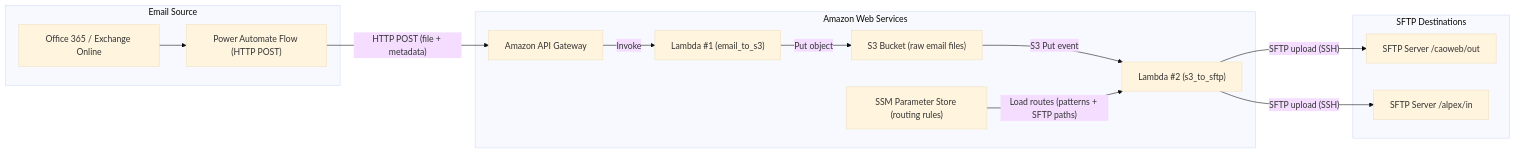
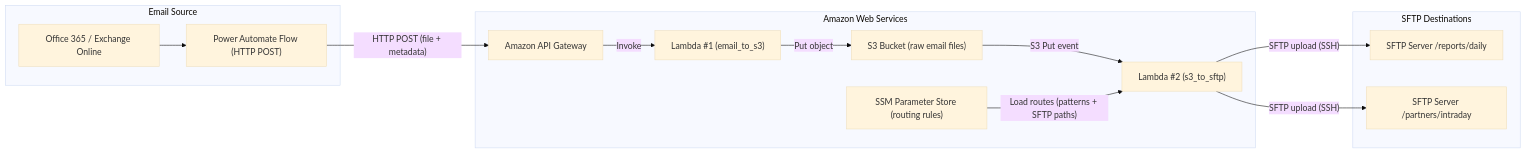
One commit to uroskuc/aws-email-to-sftp-pipeline changed the diagram in README.md. Above: the diagram before and after it, drawn with Mermaid (base theme). The commit also changed other lines of this file, not shown here.

Commit message:
Add Mermaid architecture diagram to README v4

````diff
--- a/README.md
+++ b/README.md
@@ -5,35 +5,34 @@
 ```mermaid
 flowchart LR
     %% Inbound email side
     subgraph Email_Source["Email Source"]
         O365["Office 365 / Exchange Online"]
         PA["Power Automate Flow (HTTP POST)"]
         O365 --> PA
     end
 
     %% AWS API entrypoint
     PA -->|"HTTP POST (file + metadata)"| APIGW["Amazon API Gateway"]
 
     subgraph AWS["Amazon Web Services"]
         APIGW -->|"Invoke"| L1["Lambda #1 (email_to_s3)"]
 
         L1 -->|"Put object"| S3["S3 Bucket (raw email files)"]
 
         %% Trigger from S3 to Lambda #2
         S3 -->|"S3 Put event"| L2["Lambda #2 (s3_to_sftp)"]
 
         %% Config-driven routing
         SSM["SSM Parameter Store (routing rules)"]
         SSM -->|"Load routes (patterns + SFTP paths)"| L2
     end
 
     %% SFTP destinations
     subgraph SFTP_Destinations["SFTP Destinations"]
-        SFTP1["SFTP Server /caoweb/out"]
-        SFTP2["SFTP Server /alpex/in"]
+        SFTP1["SFTP Server /reports/daily"]
+        SFTP2["SFTP Server /partners/intraday"]
     end
 
     L2 -->|"SFTP upload (SSH)"| SFTP1
     L2 -->|"SFTP upload (SSH)"| SFTP2
-
 ```
````
